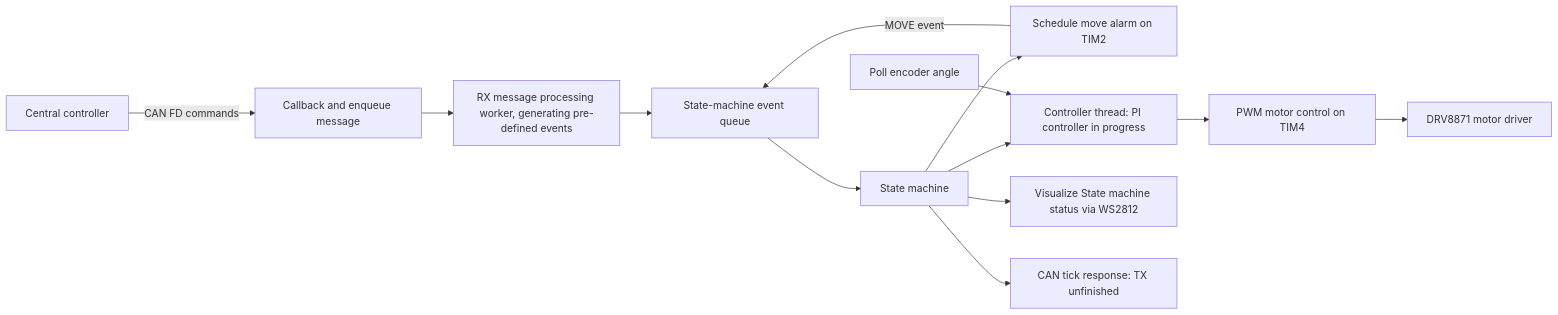
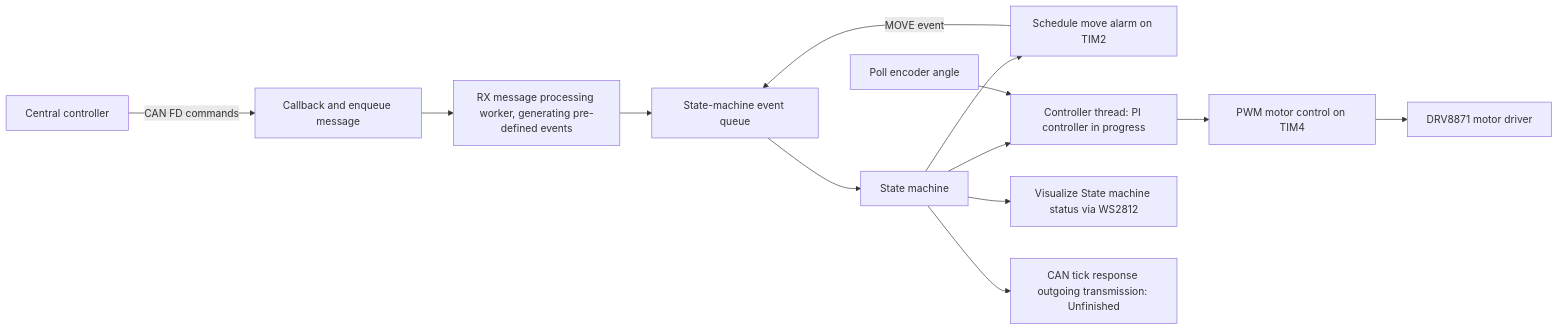
One commit to Zhi-Yih-Lim/G431KB_DC_MOTOR_DRIVER changed the diagram in README.md. Above: the diagram before and after it, drawn with Mermaid.

Commit message:
Clarify CAN tick response in README
Updated README to clarify the CAN tick response transmission status.

````diff
--- a/README.md
+++ b/README.md
@@ -37,15 +37,15 @@
 ```mermaid
 flowchart LR
     Host[Central controller] -->|CAN FD commands| RX[Callback and enqueue message]
     RX --> Worker[RX message processing worker, generating pre-defined events]
     Worker --> Events[State-machine event queue]
     Events --> SM[State machine]
     SM --> Alarm[Schedule move alarm on TIM2]
     Alarm -->|MOVE event| Events
     SM --> Control[Controller thread: PI controller in progress]
     Encoder[Poll encoder angle] --> Control
     Control --> PWM[PWM motor control on TIM4]
     PWM --> Driver[DRV8871 motor driver]
     SM --> RGB[Visualize State machine status via WS2812]
-    SM --> TX[CAN tick response: TX unfinished]
+    SM --> TX[CAN tick response outgoing transmission: Unfinished]
 ```
````
